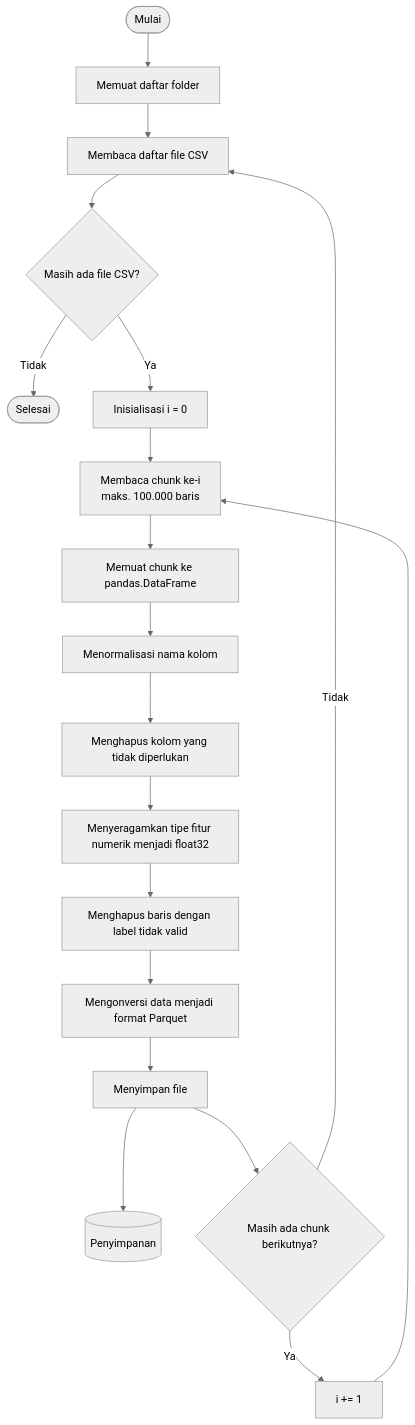
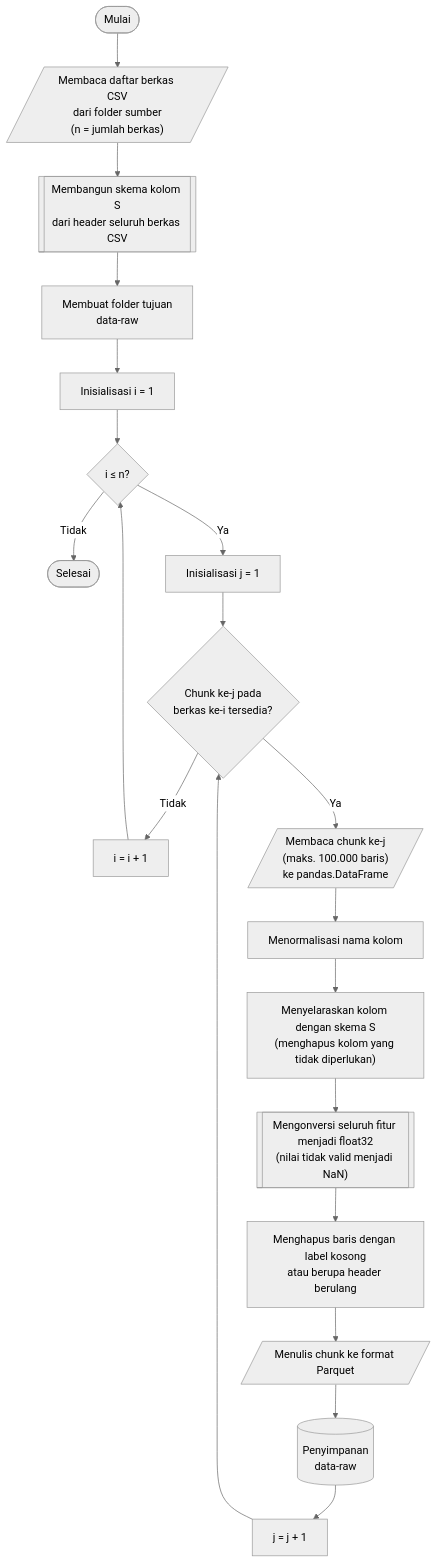
One commit to JoxNeis/mlids-robustness changed the diagram in thesis/04_bab_04/01_proses_pemuatan_data.md. Above: the diagram before and after it, drawn with Mermaid (neutral theme). The commit also changed other lines of this file and 34 other files, not shown here.

````diff
--- a/thesis/04_bab_04/01_proses_pemuatan_data.md
+++ b/thesis/04_bab_04/01_proses_pemuatan_data.md
@@ -21,25 +27,26 @@
 ```mermaid
 flowchart TD
-    mulai([Mulai])
-    mulai --> muat_folder[Memuat daftar folder]
-    muat_folder --> daftar_csv[Membaca daftar file CSV]
-    daftar_csv --> cek_file{Masih ada file CSV?}
+    mulai(["Mulai"])
+    mulai --> input_csv[/"Membaca daftar berkas CSV<br>dari folder sumber<br>(n = jumlah berkas)"/]
+    input_csv --> skema[["Membangun skema kolom S<br>dari header seluruh berkas CSV"]]
+    skema --> buat_folder["Membuat folder tujuan<br>data-raw"]
+    buat_folder --> init_i["Inisialisasi i = 1"]
+    init_i --> cek_i{"i ≤ n?"}
 
-    cek_file -->|Tidak| selesai([Selesai])
-    cek_file -->|Ya| init_i[Inisialisasi i = 0]
+    cek_i -->|"Tidak"| selesai(["Selesai"])
+    cek_i -->|"Ya"| init_j["Inisialisasi j = 1"]
+    init_j --> cek_j{"Chunk ke-j pada<br>berkas ke-i tersedia?"}
 
-    init_i --> baca_chunk[Membaca chunk ke-i<br>maks. 100.000 baris]
-    baca_chunk --> ke_dataframe[Memuat chunk ke pandas.DataFrame]
-    ke_dataframe --> normalisasi_kolom[Menormalisasi nama kolom]
-    normalisasi_kolom --> bersihkan_kolom[Menghapus kolom yang tidak diperlukan]
-    bersihkan_kolom --> normalisasi_fitur[Menyeragamkan tipe fitur numerik menjadi float32]
-    normalisasi_fitur --> hapus_label[Menghapus baris dengan label tidak valid]
-    hapus_label --> ke_parquet[Mengonversi data menjadi format Parquet]
-    ke_parquet --> simpan_file[Menyimpan file]
-    simpan_file --> penyimpanan[(Penyimpanan)]
+    cek_j -->|"Tidak"| inc_i["i = i + 1"]
+    inc_i --> cek_i
 
-    simpan_file --> cek_chunk{Masih ada chunk berikutnya?}
-    cek_chunk -->|Ya| tambah_i[i += 1]
-    tambah_i --> baca_chunk
-    cek_chunk -->|Tidak| daftar_csv
+    cek_j -->|"Ya"| baca_chunk[/"Membaca chunk ke-j<br>(maks. 100.000 baris)<br>ke pandas.DataFrame"/]
+    baca_chunk --> norm_kolom["Menormalisasi nama kolom"]
+    norm_kolom --> selaras["Menyelaraskan kolom dengan skema S<br>(menghapus kolom yang tidak diperlukan)"]
+    selaras --> cast_float[["Mengonversi seluruh fitur menjadi float32<br>(nilai tidak valid menjadi NaN)"]]
+    cast_float --> hapus_label["Menghapus baris dengan label kosong<br>atau berupa header berulang"]
+    hapus_label --> tulis[/"Menulis chunk ke format Parquet"/]
+    tulis --> simpan[("Penyimpanan<br>data-raw")]
+    simpan --> inc_j["j = j + 1"]
+    inc_j --> cek_j
 ```
````
